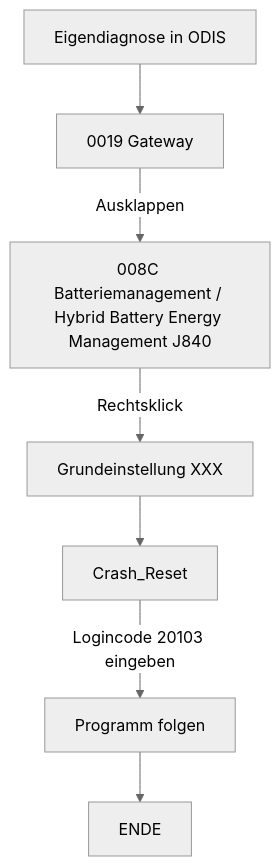
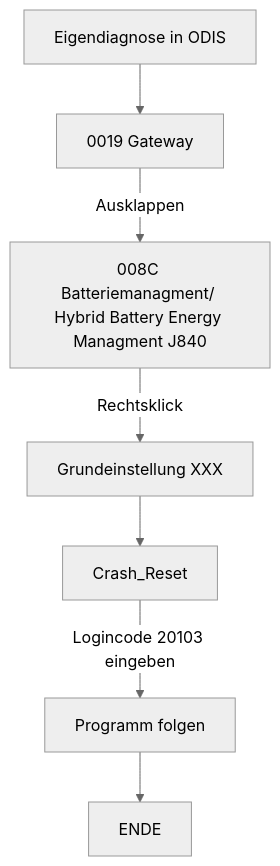
One commit to Marco-Polo20/Audi-E-Tron-GT-HV-Reset changed the second of 2 diagrams in README.md. Above: the diagram before and after it, drawn with Mermaid (neutral theme). The commit also changed other lines of this file, not shown here.

````diff
--- a/README.md
+++ b/README.md
@@ -120,9 +121,9 @@
 ```mermaid
 flowchart TD
     A["Eigendiagnose in ODIS"] --> B[0019 Gateway]
-    B -->|Ausklappen| C[008C Batteriemanagement / Hybrid Battery Energy Management J840]
+    B -->|Ausklappen| C[008C Batteriemanagment/ Hybrid Battery Energy Managment J840]
     C -->|Rechtsklick| D[Grundeinstellung XXX]
     D --> E[Crash_Reset]
     E -->|Logincode 20103 eingeben| F[Programm folgen]
     F --> G[ENDE]
 ```
````
